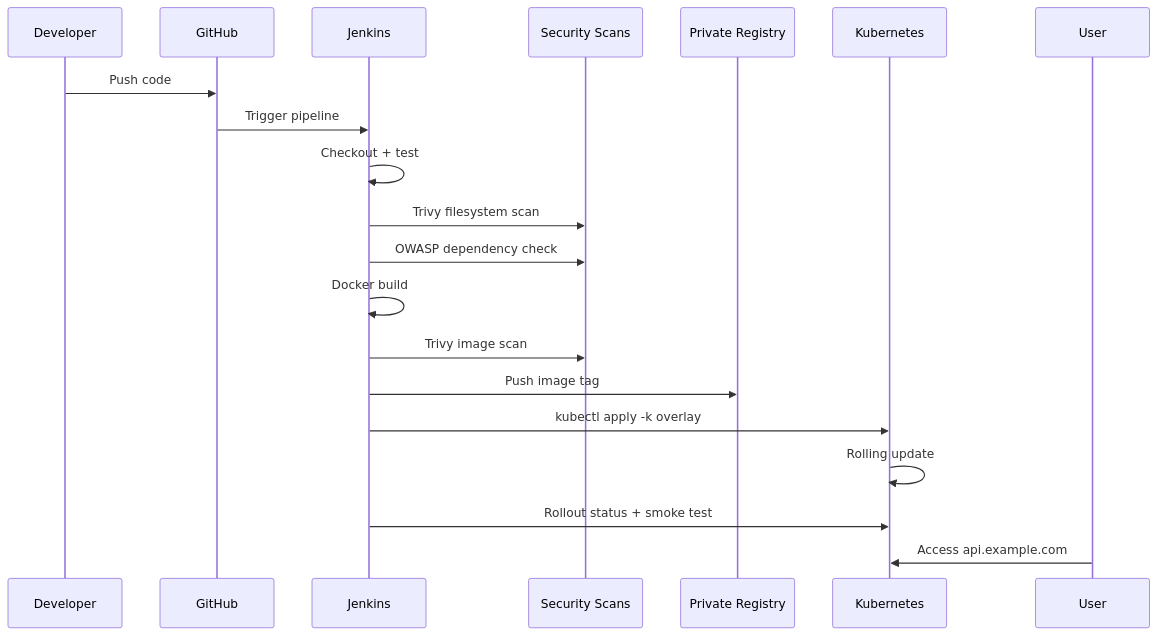
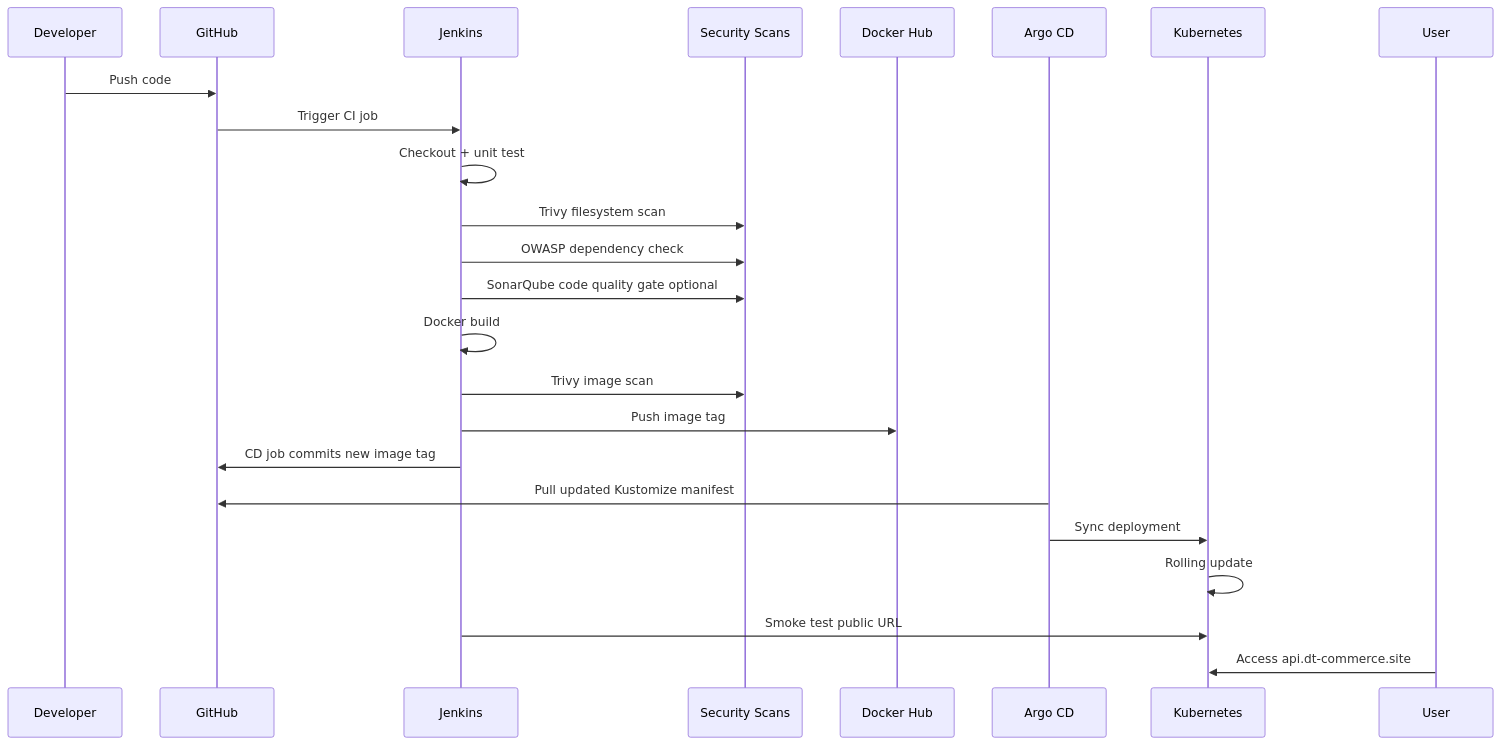
The second of 2 diagrams in docs/deployment/cloud-vps-c10k-deployment-with-k8s-plan.md (truong-devops/ecommerce-microservices), drawn with Mermaid before and after one commit. The commit also changed other lines of this file and 33 other files, not shown here.

Commit message:
docs: switch deployment plan to Docker Hub

````diff
--- a/docs/deployment/cloud-vps-c10k-deployment-with-k8s-plan.md
+++ b/docs/deployment/cloud-vps-c10k-deployment-with-k8s-plan.md
@@ -235,23 +245,27 @@
 ```mermaid
 sequenceDiagram
   participant Dev as Developer
   participant GitHub as GitHub
   participant Jenkins as Jenkins
   participant Scan as Security Scans
-  participant Registry as Private Registry
+  participant DockerHub as Docker Hub
+  participant Argo as Argo CD
   participant K8s as Kubernetes
   participant User as User
 
   Dev->>GitHub: Push code
-  GitHub->>Jenkins: Trigger pipeline
-  Jenkins->>Jenkins: Checkout + test
+  GitHub->>Jenkins: Trigger CI job
+  Jenkins->>Jenkins: Checkout + unit test
   Jenkins->>Scan: Trivy filesystem scan
   Jenkins->>Scan: OWASP dependency check
+  Jenkins->>Scan: SonarQube code quality gate optional
   Jenkins->>Jenkins: Docker build
   Jenkins->>Scan: Trivy image scan
-  Jenkins->>Registry: Push image tag
-  Jenkins->>K8s: kubectl apply -k overlay
+  Jenkins->>DockerHub: Push image tag
+  Jenkins->>GitHub: CD job commits new image tag
+  Argo->>GitHub: Pull updated Kustomize manifest
+  Argo->>K8s: Sync deployment
   K8s->>K8s: Rolling update
-  Jenkins->>K8s: Rollout status + smoke test
-  User->>K8s: Access api.example.com
+  Jenkins->>K8s: Smoke test public URL
+  User->>K8s: Access api.dt-commerce.site
 ```
````
